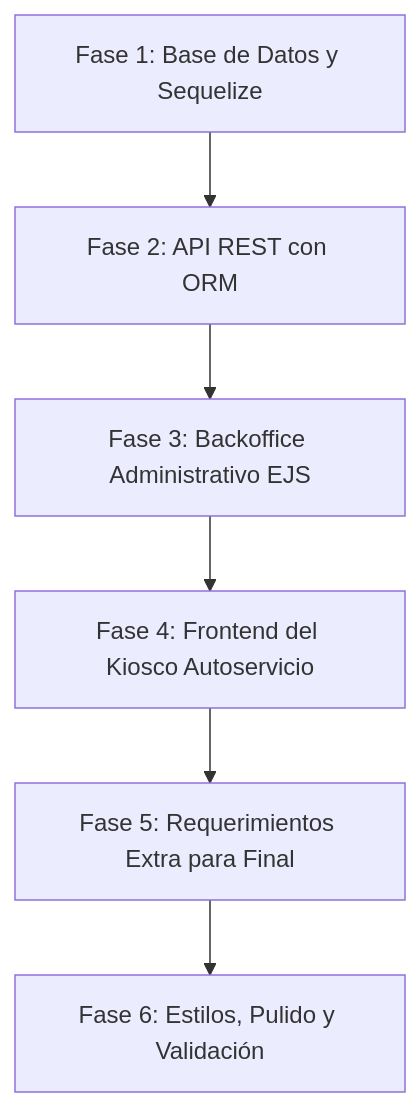
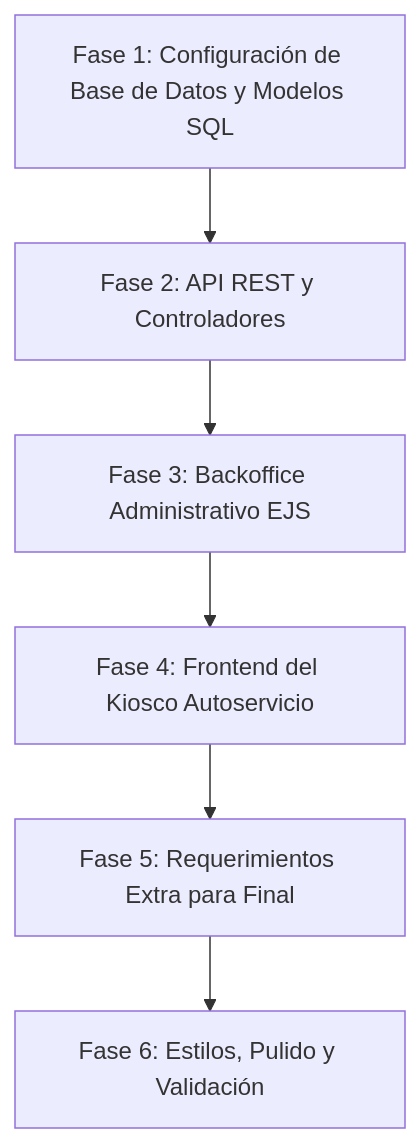
One commit to francoesposito/Segundo.Parcial.Programacion.III.DIV132 changed the diagram in README.md. Above: the diagram before and after it, drawn with Mermaid. The commit also changed other lines of this file and 25 other files, not shown here.

````diff
--- a/README.md
+++ b/README.md
@@ -31,8 +31,8 @@
 ```mermaid
 graph TD
-    A[Fase 1: Base de Datos y Sequelize] --> B[Fase 2: API REST con ORM]
+    A[Fase 1: Configuración de Base de Datos y Modelos SQL] --> B[Fase 2: API REST y Controladores]
     B --> C[Fase 3: Backoffice Administrativo EJS]
     C --> D[Fase 4: Frontend del Kiosco Autoservicio]
     D --> E[Fase 5: Requerimientos Extra para Final]
     E --> F[Fase 6: Estilos, Pulido y Validación]
 ```
````
